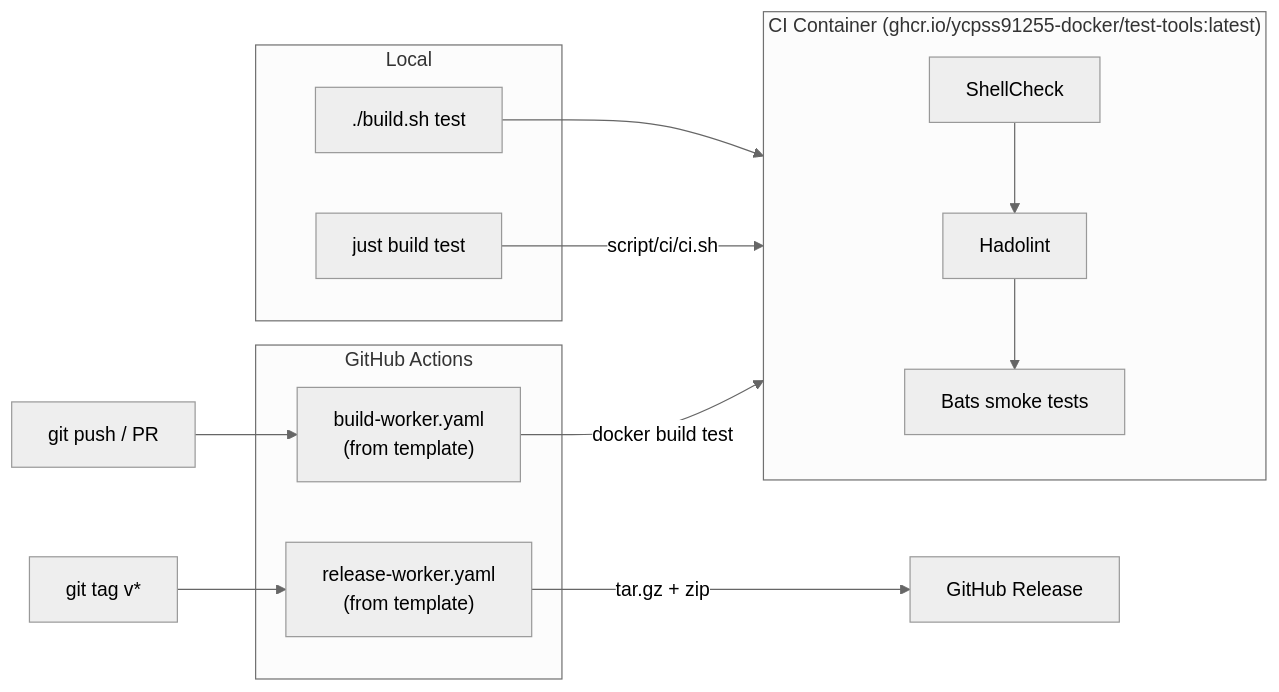
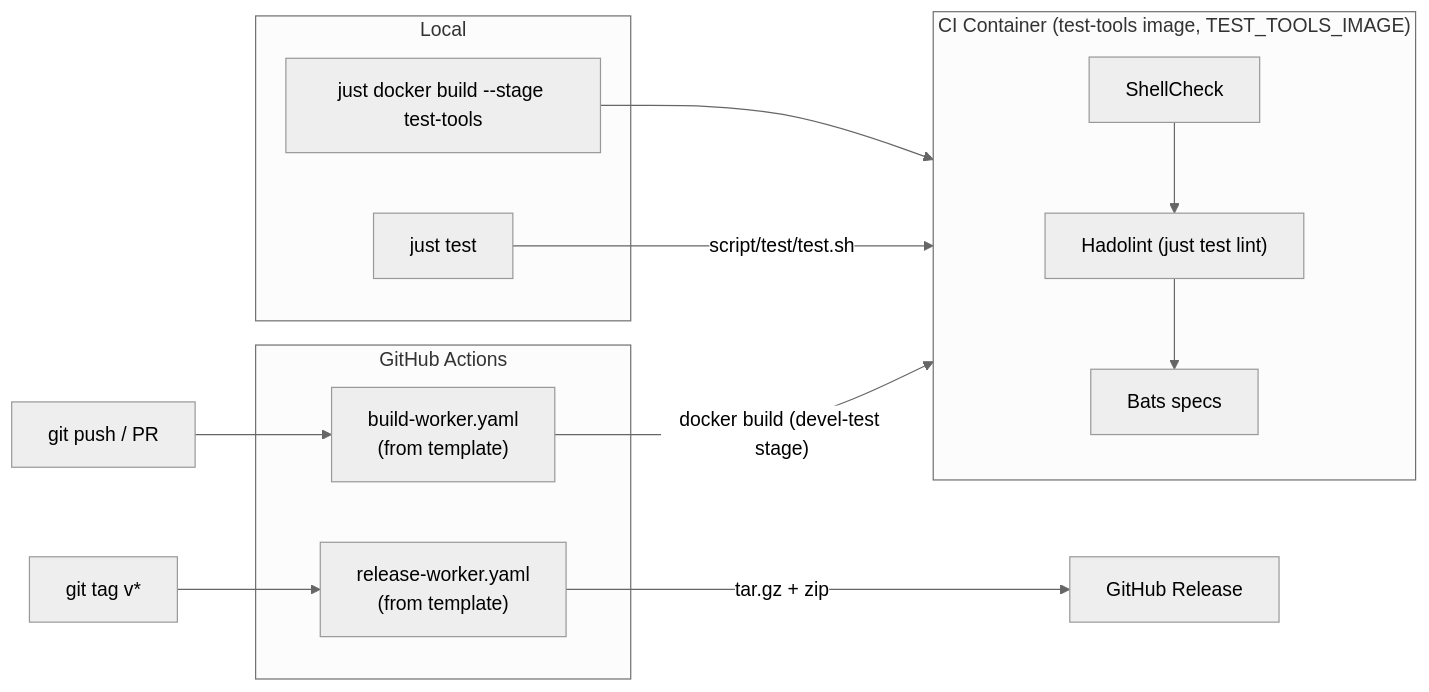
One commit to ycpss91255-docker/isaac changed the second of 2 diagrams in .base/README.md. Above: the diagram before and after it, drawn with Mermaid (neutral theme). The commit also changed other lines of this file and 411 other files, not shown here.

````diff
--- a/.base/README.md
+++ b/.base/README.md
@@ -81,27 +106,27 @@
 ```mermaid
 flowchart LR
     subgraph local["Local"]
-        build_test["./build.sh test"]
-        make_test["just build test"]
+        just_test["just test"]
+        just_build["just docker build --stage test-tools"]
     end
 
-    subgraph ci_container["CI Container (ghcr.io/ycpss91255-docker/test-tools:latest)"]
+    subgraph ci_container["CI Container (test-tools image, TEST_TOOLS_IMAGE)"]
         shellcheck["ShellCheck"]
-        hadolint["Hadolint"]
-        bats["Bats smoke tests"]
+        hadolint["Hadolint (just test lint)"]
+        bats["Bats specs"]
     end
 
     subgraph github["GitHub Actions"]
         build_worker["build-worker.yaml<br/>(from template)"]
         release_worker["release-worker.yaml<br/>(from template)"]
     end
 
-    build_test --> ci_container
-    make_test -->|"script/ci/ci.sh"| ci_container
+    just_build --> ci_container
+    just_test -->|"script/test/test.sh"| ci_container
     shellcheck --> hadolint --> bats
 
     push["git push / PR"] --> build_worker
-    build_worker -->|"docker build test"| ci_container
+    build_worker -->|"docker build (devel-test stage)"| ci_container
     tag["git tag v*"] --> release_worker
     release_worker -->|"tar.gz + zip"| release["GitHub Release"]
 ```
````
